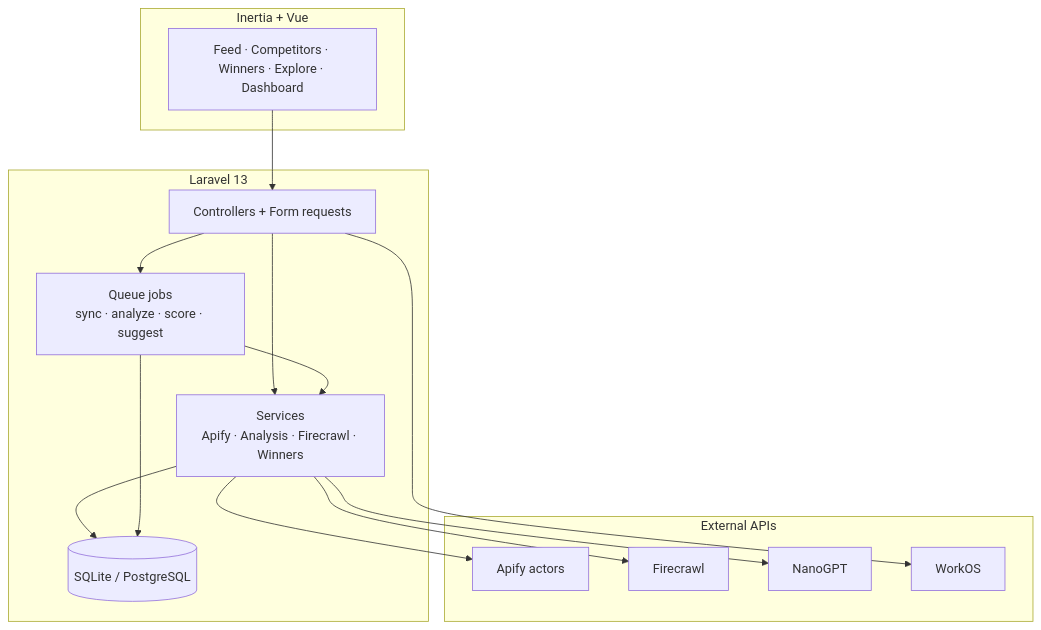
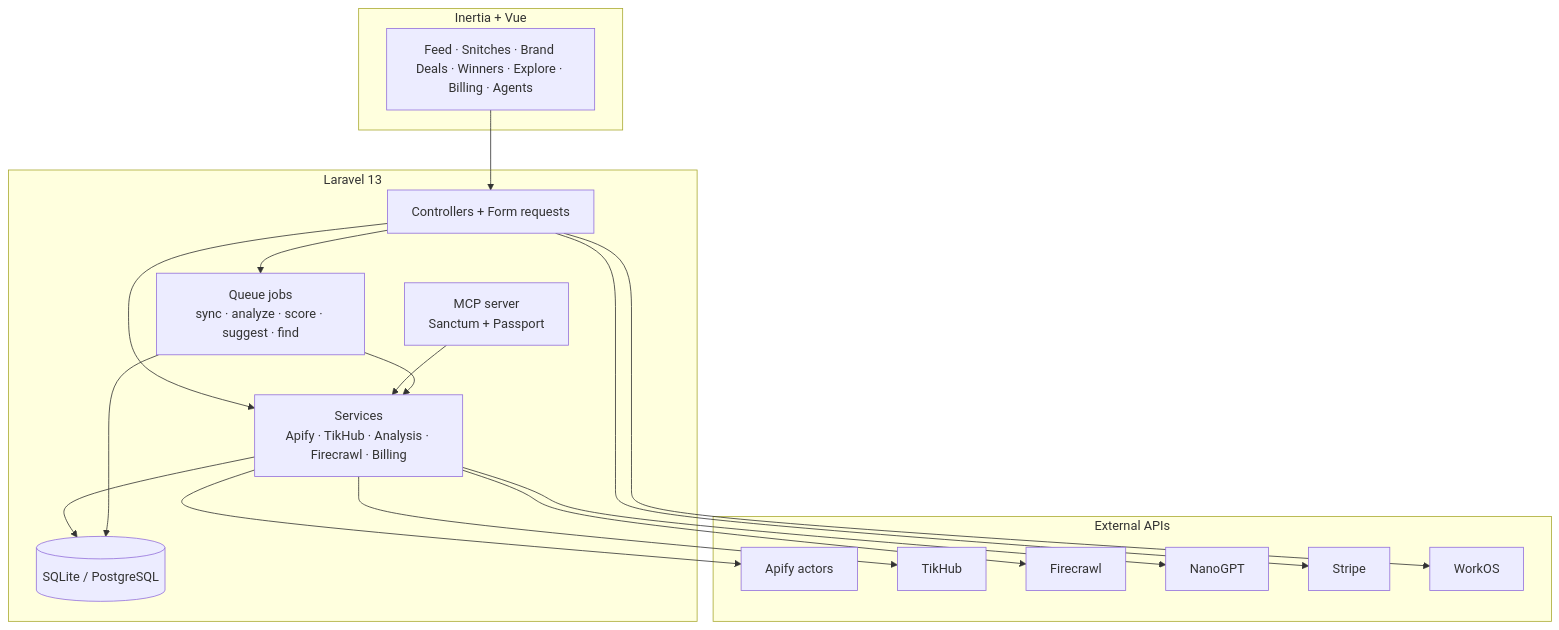
One commit to tmwclaxton/snitch changed the second of 2 diagrams in README.md. Above: the diagram before and after it, drawn with Mermaid. The commit also changed other lines of this file, not shown here.

First line of the commit message:
Document competitors, pricing edge, and recent product features in README.

````diff
--- a/README.md
+++ b/README.md
@@ -242,29 +335,35 @@
 ```mermaid
 flowchart TB
     subgraph Web["Inertia + Vue"]
-        UI["Feed · Competitors · Winners · Explore · Dashboard"]
+        UI["Feed · Snitches · Brand Deals · Winners · Explore · Billing · Agents"]
     end
 
     subgraph Laravel["Laravel 13"]
         CTRL["Controllers + Form requests"]
-        JOBS["Queue jobs<br/>sync · analyze · score · suggest"]
-        SVC["Services<br/>Apify · Analysis · Firecrawl · Winners"]
+        MCP["MCP server<br/>Sanctum + Passport"]
+        JOBS["Queue jobs<br/>sync · analyze · score · suggest · find"]
+        SVC["Services<br/>Apify · TikHub · Analysis · Firecrawl · Billing"]
         DB[(SQLite / PostgreSQL)]
     end
 
     subgraph External["External APIs"]
         APIFY["Apify actors"]
+        TIKHUB["TikHub"]
         FC["Firecrawl"]
         NANO["NanoGPT"]
+        STRIPE["Stripe"]
         WO["WorkOS"]
     end
 
     UI --> CTRL --> SVC
+    MCP --> SVC
     CTRL --> JOBS --> SVC
     SVC --> APIFY
+    SVC --> TIKHUB
     SVC --> FC
     SVC --> NANO
     CTRL --> WO
+    CTRL --> STRIPE
     SVC --> DB
     JOBS --> DB
 ```
````
